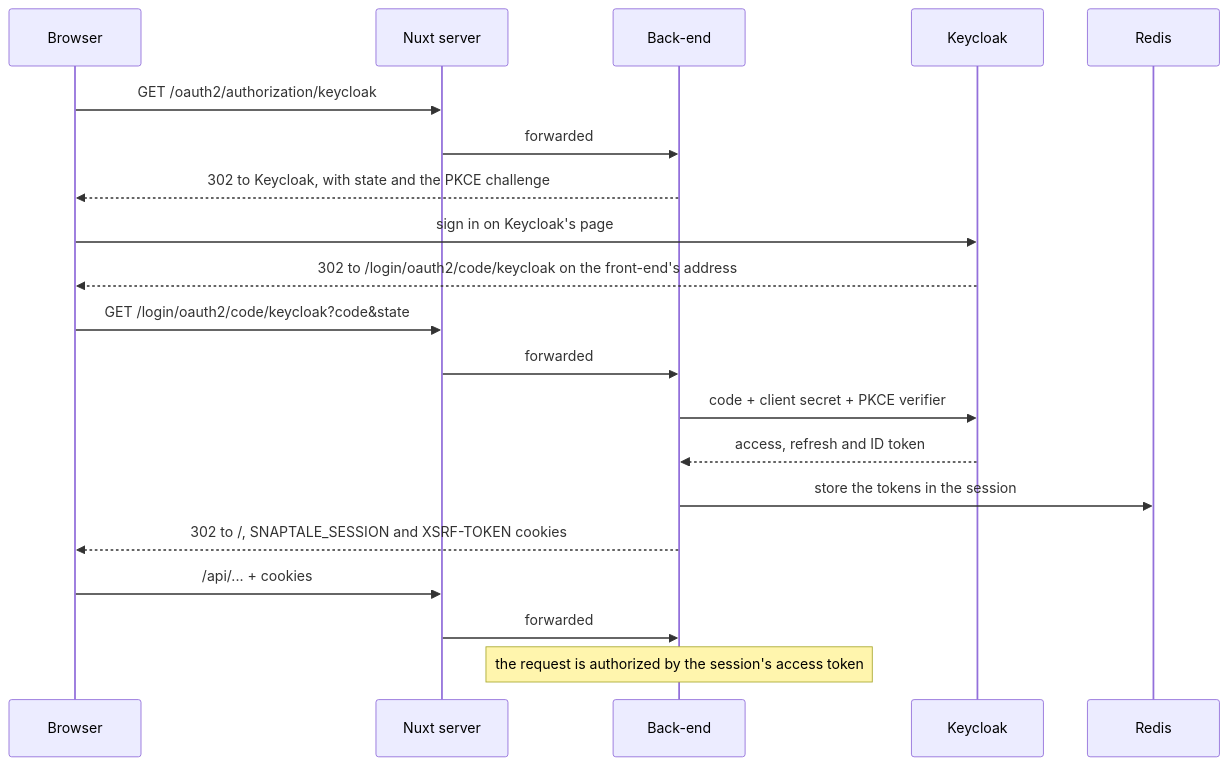
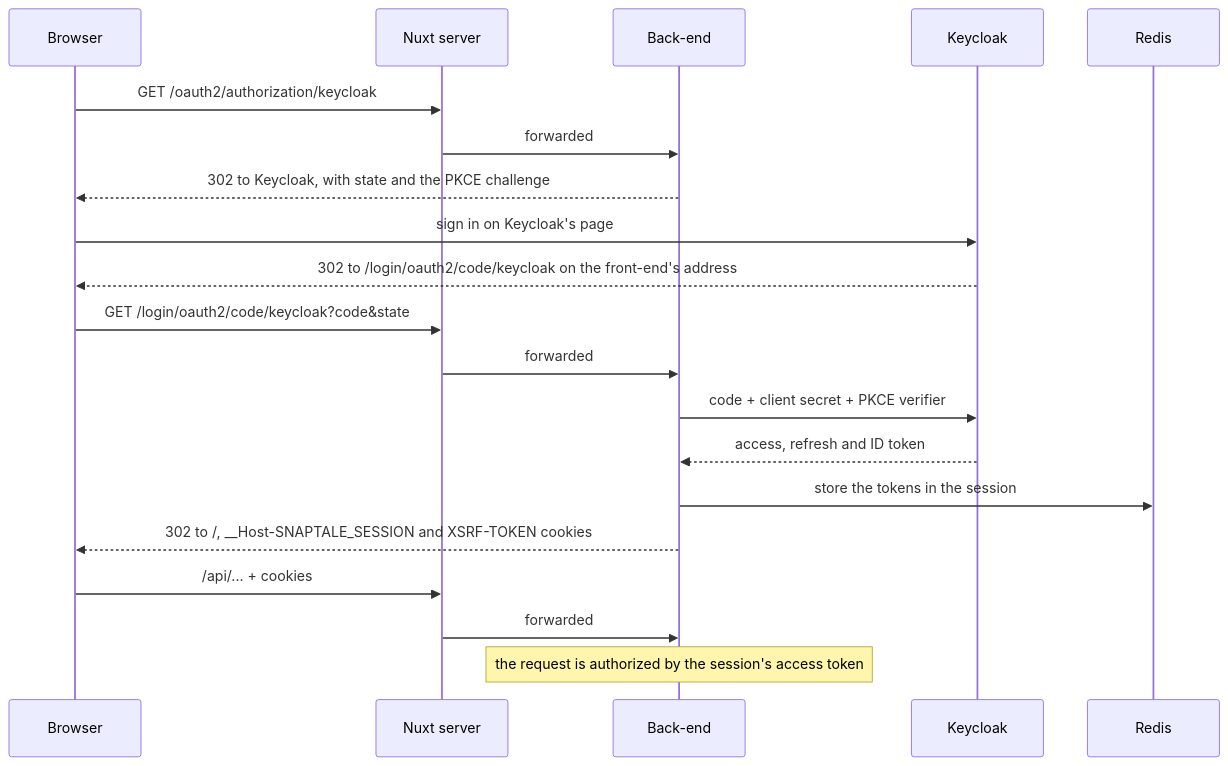
Before and after one commit to vertyll/snaptale: the diagram in docs/authentication.md, drawn with Mermaid. The commit also changed other lines of this file and 25 other files, not shown here.

````diff
--- a/docs/authentication.md
+++ b/docs/authentication.md
@@ -9,23 +9,23 @@
 ```mermaid
 sequenceDiagram
     participant B as Browser
     participant N as Nuxt server
     participant A as Back-end
     participant K as Keycloak
     participant R as Redis
 
     B->>N: GET /oauth2/authorization/keycloak
     N->>A: forwarded
     A-->>B: 302 to Keycloak, with state and the PKCE challenge
     B->>K: sign in on Keycloak's page
     K-->>B: 302 to /login/oauth2/code/keycloak on the front-end's address
     B->>N: GET /login/oauth2/code/keycloak?code&state
     N->>A: forwarded
     A->>K: code + client secret + PKCE verifier
     K-->>A: access, refresh and ID token
     A->>R: store the tokens in the session
-    A-->>B: 302 to /, SNAPTALE_SESSION and XSRF-TOKEN cookies
+    A-->>B: 302 to /, __Host-SNAPTALE_SESSION and XSRF-TOKEN cookies
     B->>N: /api/... + cookies
     N->>A: forwarded
     Note over A: the request is authorized by the session's access token
 ```
````
